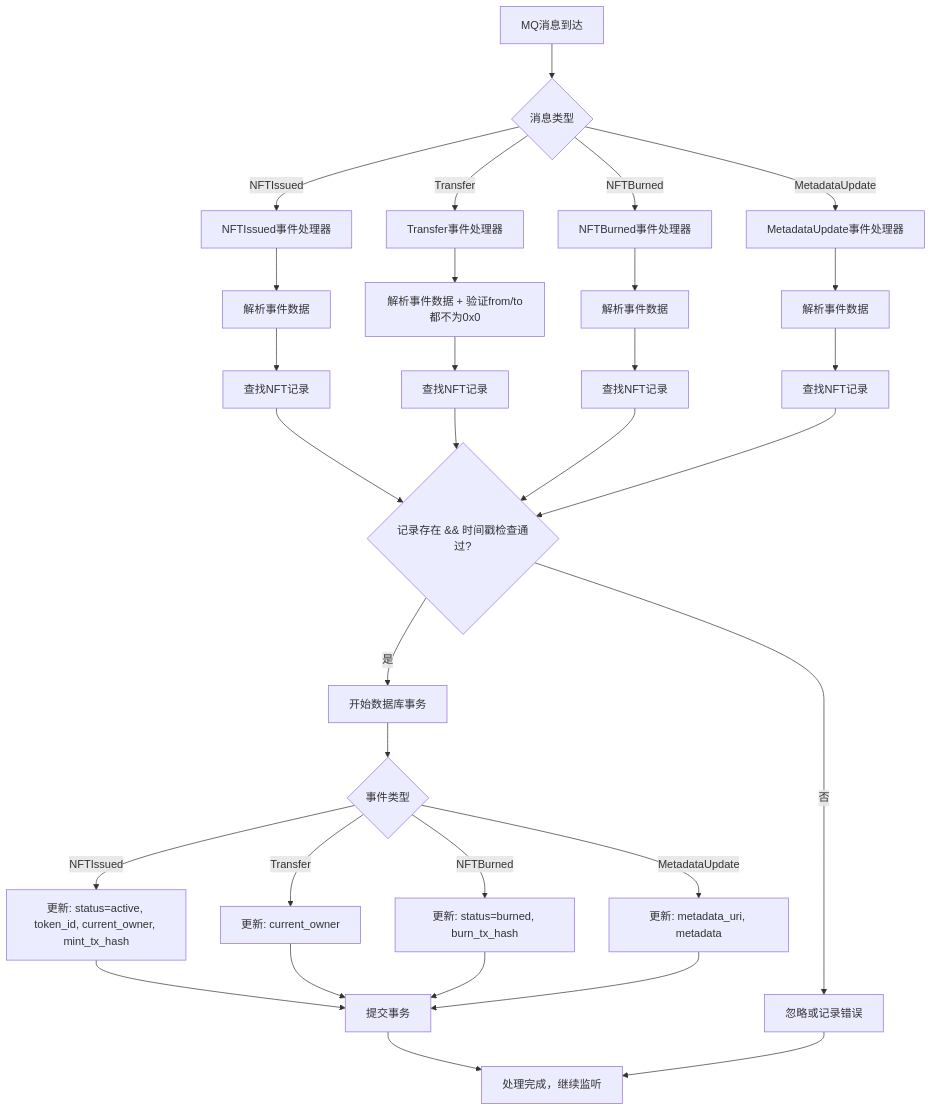
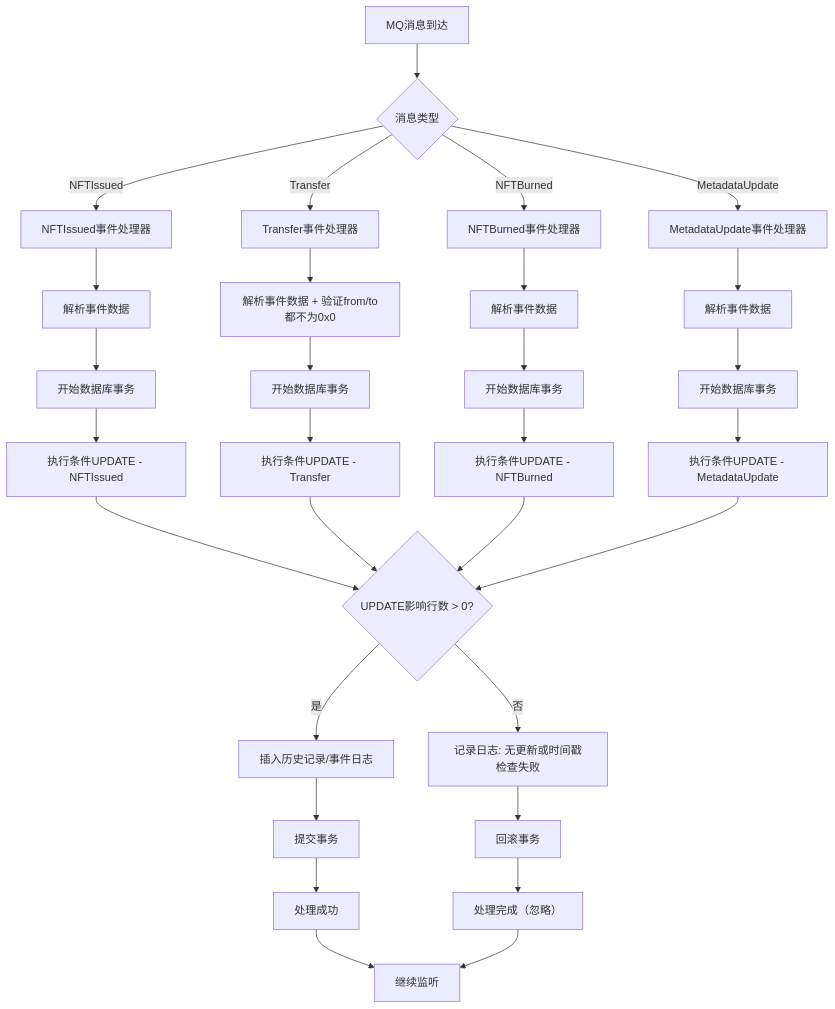
Before and after one commit to yingjianzh/iodraw-files: the diagram in all/未命名-71.md, drawn with Mermaid.

Commit message:
2025-07-03 17:44:09 update

````diff
--- a/all/未命名-71.md
+++ b/all/未命名-71.md
@@ -1,44 +1,43 @@
 ```mermaid
 flowchart TD
     A[MQ消息到达] --> B{消息类型}
     
     %% 四种事件类型
     B -->|NFTIssued| C[NFTIssued事件处理器]
     B -->|Transfer| D[Transfer事件处理器]
     B -->|NFTBurned| E[NFTBurned事件处理器]
     B -->|MetadataUpdate| F[MetadataUpdate事件处理器]
     
     %% 通用处理流程
     C --> G[解析事件数据]
     D --> H[解析事件数据 + 验证from/to都不为0x0]
     E --> I[解析事件数据]
     F --> J[解析事件数据]
     
-    G --> K[查找NFT记录]
-    H --> L[查找NFT记录]
-    I --> M[查找NFT记录]
-    J --> N[查找NFT记录]
+    G --> K[开始数据库事务]
+    H --> L[开始数据库事务]
+    I --> M[开始数据库事务]
+    J --> N[开始数据库事务]
     
-    K --> O{记录存在 && 时间戳检查通过?}
-    L --> O
-    M --> O
-    N --> O
+    K --> O[执行条件UPDATE - NFTIssued]
+    L --> P[执行条件UPDATE - Transfer]
+    M --> Q[执行条件UPDATE - NFTBurned]
+    N --> R[执行条件UPDATE - MetadataUpdate]
     
-    O -->|否| P[忽略或记录错误]
-    O -->|是| Q[开始数据库事务]
+    O --> S{UPDATE影响行数 > 0?}
+    P --> S
+    Q --> S
+    R --> S
     
-    Q --> R{事件类型}
-    R -->|NFTIssued| S[更新: status=active, token_id, current_owner, mint_tx_hash]
-    R -->|Transfer| T[更新: current_owner]
-    R -->|NFTBurned| U[更新: status=burned, burn_tx_hash]
-    R -->|MetadataUpdate| V[更新: metadata_uri, metadata]
+    S -->|否| T[记录日志: 无更新或时间戳检查失败]
+    S -->|是| U[插入历史记录/事件日志]
     
-    S --> Y[提交事务]
-    T --> Y
-    U --> Y
-    V --> Y
+    U --> V[提交事务]
+    T --> W[回滚事务]
     
-    Y --> AA[处理完成，继续监听]
+    V --> X[处理成功]
+    W --> Y[处理完成（忽略）]
     
-    P --> AA
+    X --> Z[继续监听]
+    Y --> Z
 ```
````
